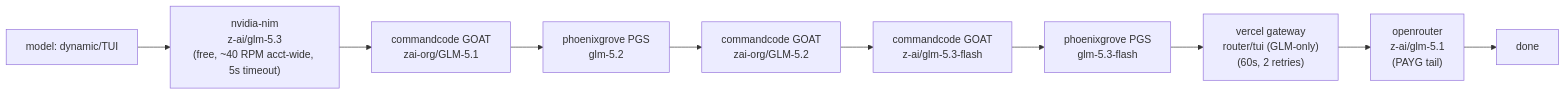
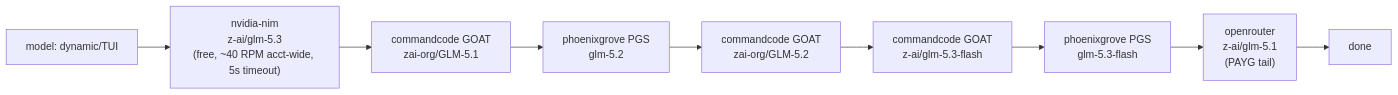
Before and after one commit to phillias/dotfiles: the second of 18 diagrams in dot_agents/skills/provider-catalog/references/ROUTING_TOPOLOGY.md, drawn with Mermaid. The commit also changed other lines of this file and 2 other files, not shown here.

First line of the commit message:
Retire Vercel rungs fleet-wide (dotfiles #599)

````diff
--- a/dot_agents/skills/provider-catalog/references/ROUTING_TOPOLOGY.md
+++ b/dot_agents/skills/provider-catalog/references/ROUTING_TOPOLOGY.md
@@ -96,4 +110,4 @@
 ```mermaid
 flowchart LR
-    in["model: dynamic/TUI"] --> n0["nvidia-nim<br/>z-ai/glm-5.3<br/>(free, ~40 RPM acct-wide, 5s timeout)"] --> n1["commandcode GOAT<br/>zai-org/GLM-5.1"] --> n2["phoenixgrove PGS<br/>glm-5.2"] --> n3["commandcode GOAT<br/>zai-org/GLM-5.2"] --> n4["commandcode GOAT<br/>z-ai/glm-5.3-flash"] --> n5["phoenixgrove PGS<br/>glm-5.3-flash"] --> n6["vercel gateway<br/>router/tui (GLM-only)<br/>(60s, 2 retries)"] --> n7["openrouter<br/>z-ai/glm-5.1<br/>(PAYG tail)"] --> done[done]
+    in["model: dynamic/TUI"] --> n0["nvidia-nim<br/>z-ai/glm-5.3<br/>(free, ~40 RPM acct-wide, 5s timeout)"] --> n1["commandcode GOAT<br/>zai-org/GLM-5.1"] --> n2["phoenixgrove PGS<br/>glm-5.2"] --> n3["commandcode GOAT<br/>zai-org/GLM-5.2"] --> n4["commandcode GOAT<br/>z-ai/glm-5.3-flash"] --> n5["phoenixgrove PGS<br/>glm-5.3-flash"] --> n6["openrouter<br/>z-ai/glm-5.1<br/>(PAYG tail)"] --> done[done]
 ```
````
